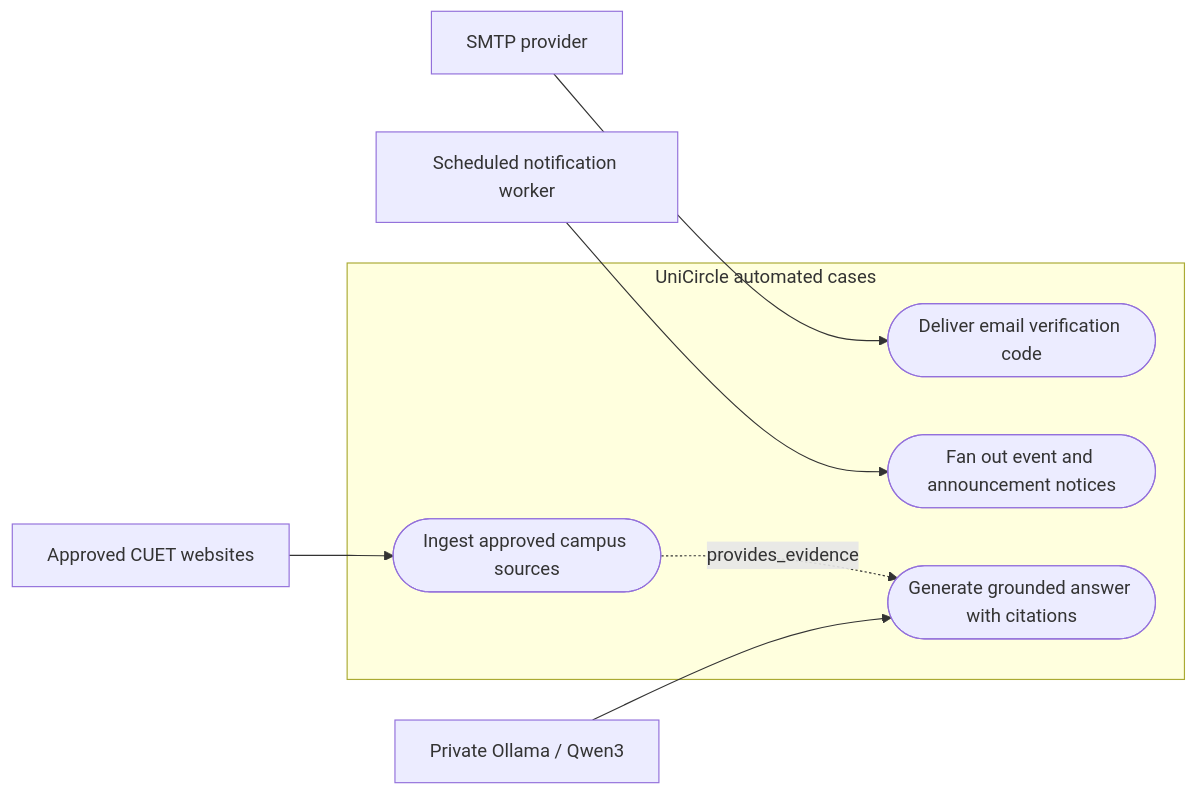
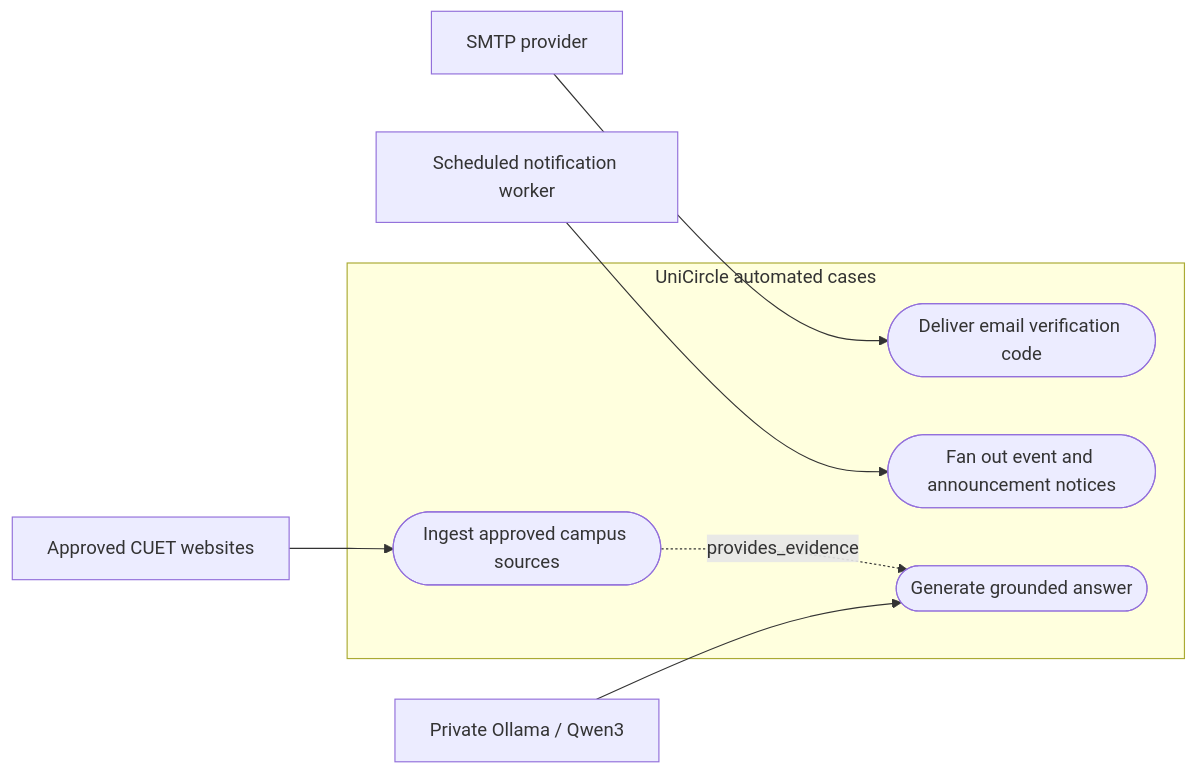
The third of 3 diagrams in docs/design/Use_Case_Diagram.md (anindya357/UniCircle), drawn with Mermaid before and after one commit. The commit also changed 16 other files, not shown here.

````diff
--- a/docs/design/Use_Case_Diagram.md
+++ b/docs/design/Use_Case_Diagram.md
@@ -85,20 +85,20 @@
 ```mermaid
 flowchart LR
     SMTP[SMTP provider]
     Worker[Scheduled notification worker]
     CUET[Approved CUET websites]
     Ollama[Private Ollama / Qwen3]
 
     subgraph System[UniCircle automated cases]
         DeliverOtp([Deliver email verification code])
         Notify([Fan out event and announcement notices])
         Ingest([Ingest approved campus sources])
-        Answer([Generate grounded answer with citations])
+        Answer([Generate grounded answer])
     end
 
     SMTP --> DeliverOtp
     Worker --> Notify
     CUET --> Ingest
     Ollama --> Answer
     Ingest -. provides_evidence .-> Answer
 ```
````
